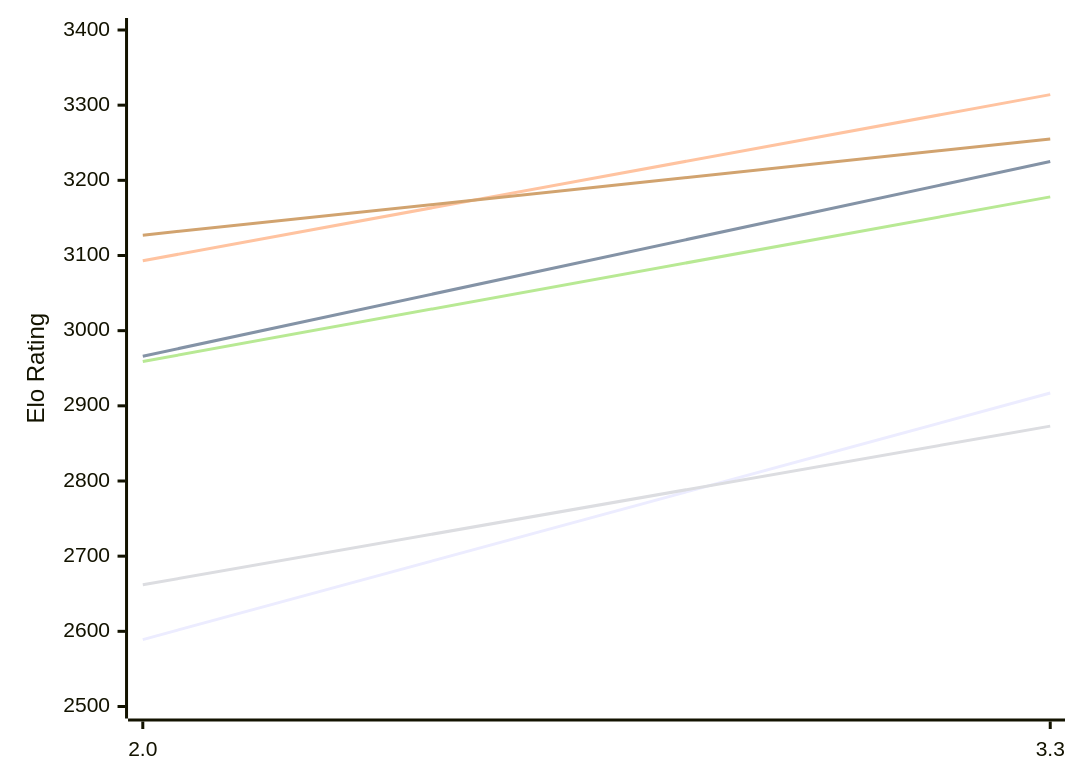
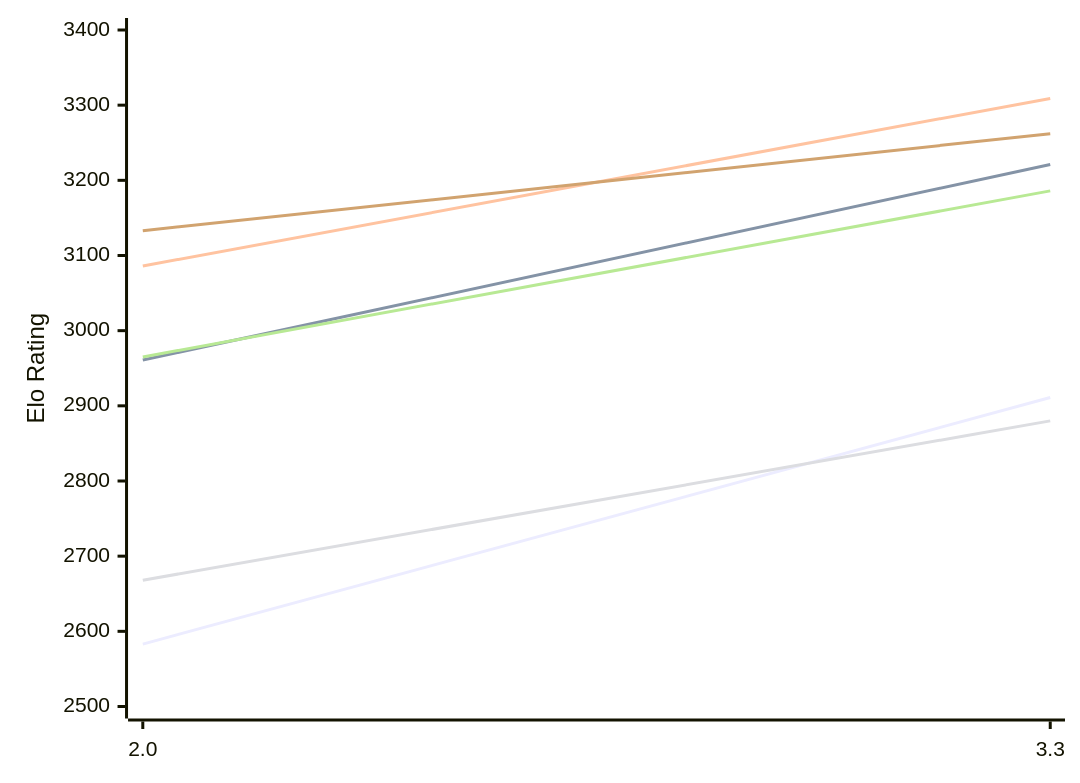
The first of 2 diagrams in engines/Ceylondemon.md (computer-chess-index/cci), drawn with Mermaid before and after one commit. The commit also changed other lines of this file, not shown here.

Commit message:
Update CCI Ratings (ELO VLTC) - 2026-11-18

````diff
--- a/engines/Ceylondemon.md
+++ b/engines/Ceylondemon.md
@@ -50,12 +50,12 @@
 ```mermaid
 %%{init: {"theme":"base","themeVariables":{"seriesColors:['#a3a3a3','#222221','#faa371']}}}%%
 xychart-beta
   x-axis ["2.0", "3.3"]
   y-axis "Elo Rating" 2500 --> 3400
-  line "E1: STC (8.0+0.08s)" [2589, 2917]
-  line "E1: LTC (60.0+0.60s)" [2966, 3225]
-  line "E1: VLTC (2m24s+1.12s)" [3093, 3314]
-  line "P1: STC (8.0+0.08s)" [2662, 2873]
-  line "P1: LTC (60.0+0.60s)" [2959, 3178]
-  line "P1: VLTC (2m24s+1.12s)" [3127, 3255]
+  line "E1: STC (8.0+0.08s)" [2583, 2911]
+  line "E1: LTC (60.0+0.60s)" [2961, 3221]
+  line "E1: VLTC (2m24s+1.12s)" [3086, 3309]
+  line "P1: STC (8.0+0.08s)" [2668, 2880]
+  line "P1: LTC (60.0+0.60s)" [2965, 3186]
+  line "P1: VLTC (2m24s+1.12s)" [3133, 3262]
 ```
````
